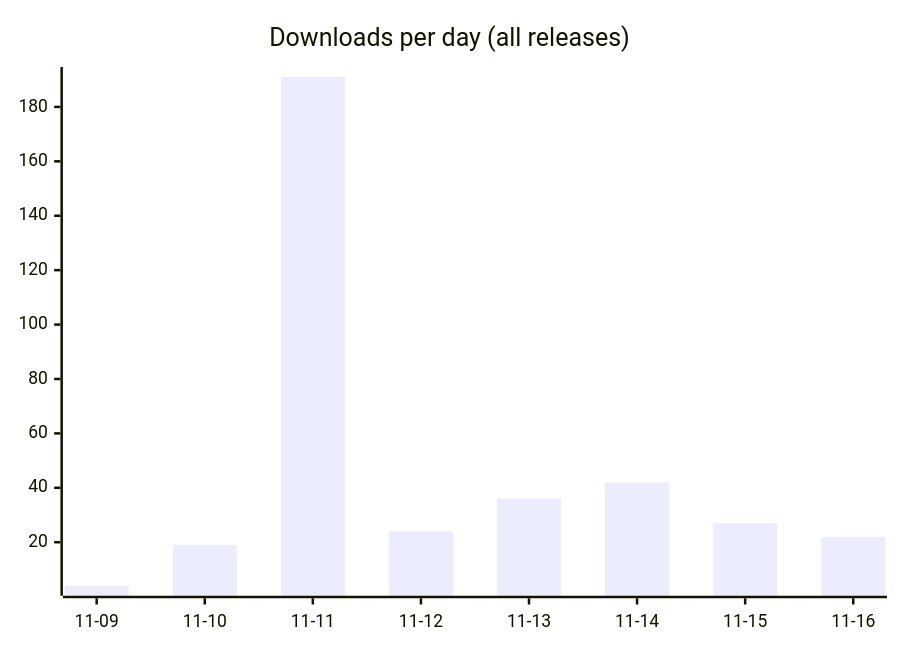
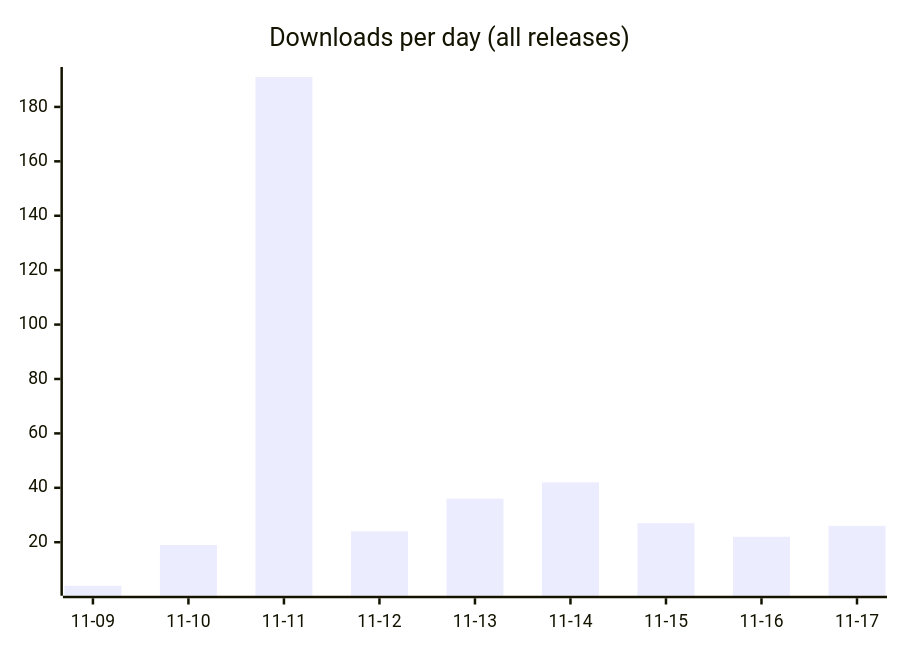
Before and after one commit to fmadore/Live-translation: the first of 2 diagrams in README.md, drawn with Mermaid. The commit also changed other lines of this file and 2 other files, not shown here.

````diff
--- a/README.md
+++ b/README.md
@@ -55,6 +55,6 @@
 ```mermaid
 xychart-beta
     title "Downloads per day (all releases)"
-    x-axis ["11-09", "11-10", "11-11", "11-12", "11-13", "11-14", "11-15", "11-16"]
-    bar [4, 19, 191, 24, 36, 42, 27, 22]
+    x-axis ["11-09", "11-10", "11-11", "11-12", "11-13", "11-14", "11-15", "11-16", "11-17"]
+    bar [4, 19, 191, 24, 36, 42, 27, 22, 26]
 ```
````
